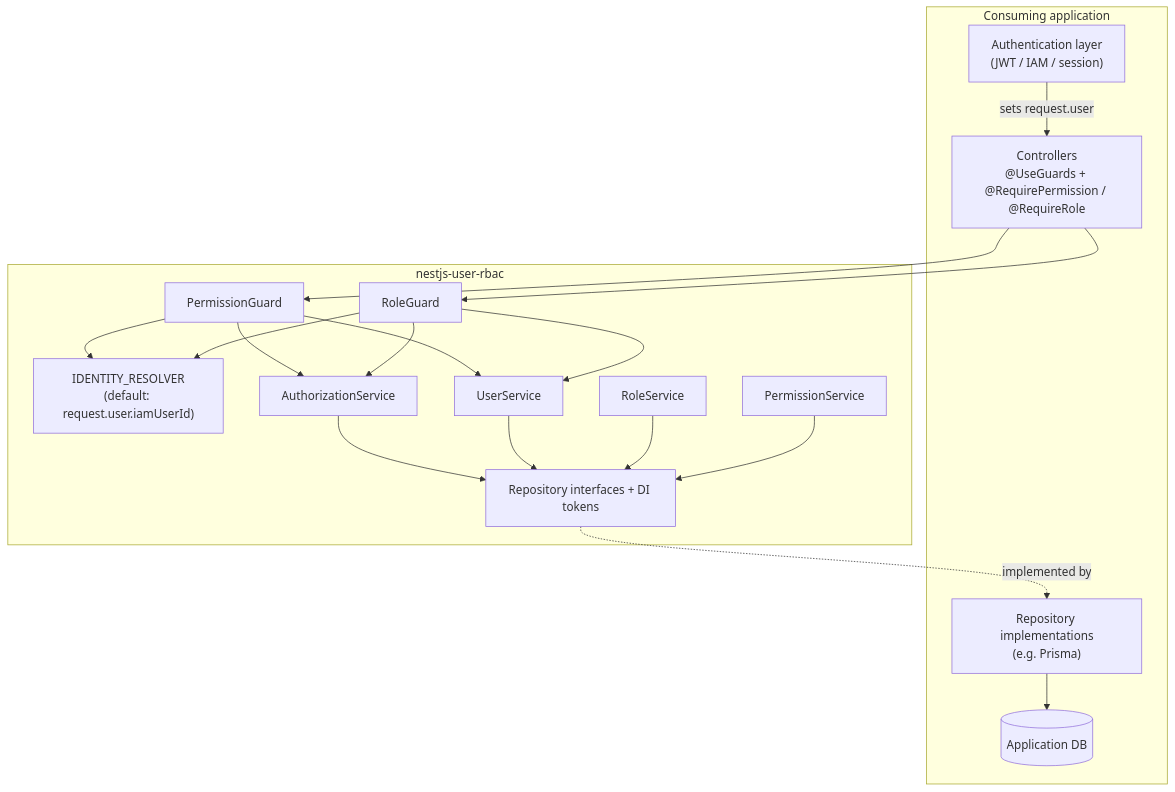
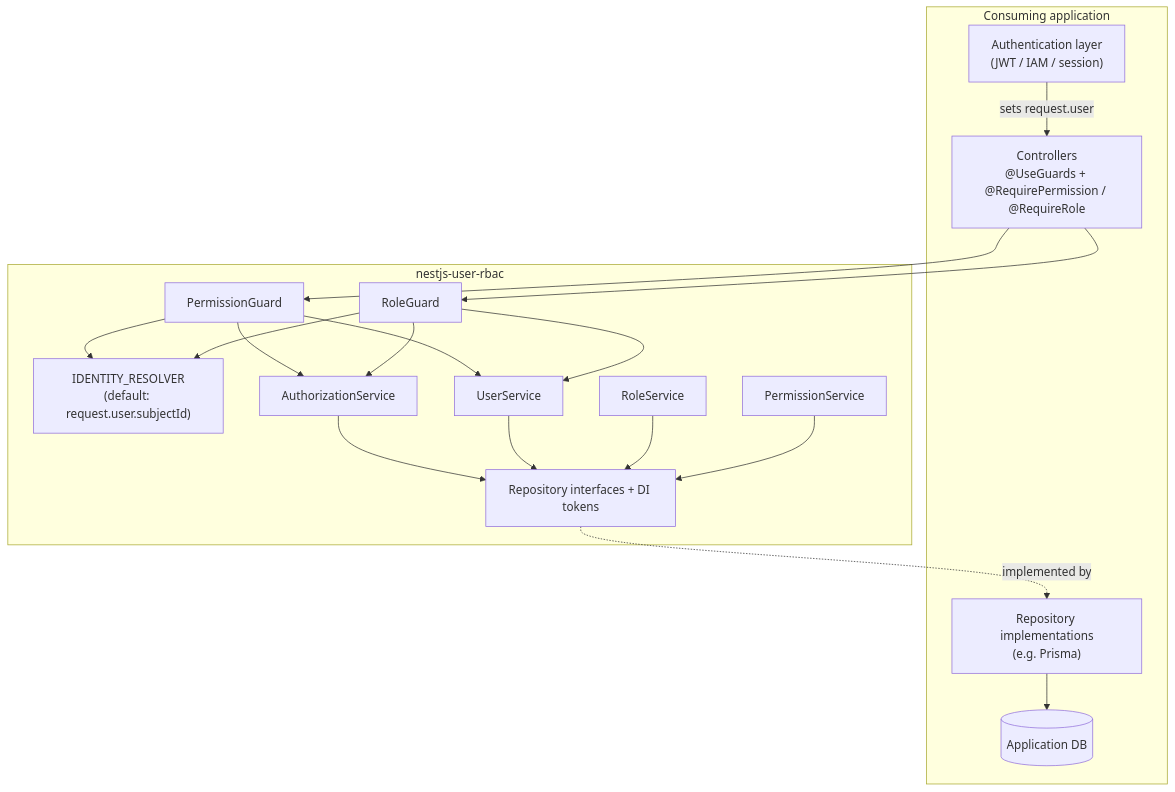
The first of 3 diagrams in docs/integration-guide.md (Smile-HO-OS/smile-user-rbac), drawn with Mermaid before and after one commit. The commit also changed other lines of this file and 34 other files, not shown here.

````diff
--- a/docs/integration-guide.md
+++ b/docs/integration-guide.md
@@ -17,26 +17,26 @@
 ```mermaid
 flowchart TB
   subgraph App["Consuming application"]
     Auth["Authentication layer<br/>(JWT / IAM / session)"]
     Ctrl["Controllers<br/>@UseGuards + @RequirePermission / @RequireRole"]
     Repos["Repository implementations<br/>(e.g. Prisma)"]
     DB[("Application DB")]
   end
   subgraph Pkg["nestjs-user-rbac"]
     PG["PermissionGuard"]
     RG["RoleGuard"]
-    IR["IDENTITY_RESOLVER<br/>(default: request.user.iamUserId)"]
+    IR["IDENTITY_RESOLVER<br/>(default: request.user.subjectId)"]
     US["UserService"]
     AS["AuthorizationService"]
     RS["RoleService"]
     PS["PermissionService"]
     RI["Repository interfaces + DI tokens"]
   end
   Auth -->|sets request.user| Ctrl
   Ctrl --> PG & RG
   PG & RG --> IR
   PG & RG --> US
   PG & RG --> AS
   AS & US & RS & PS --> RI
   RI -.implemented by.-> Repos --> DB
 ```
````
